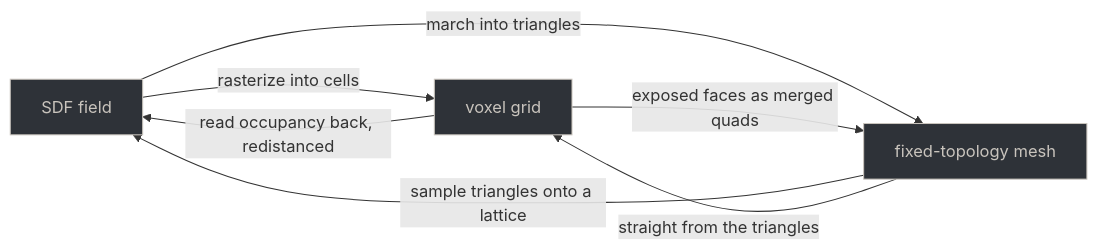
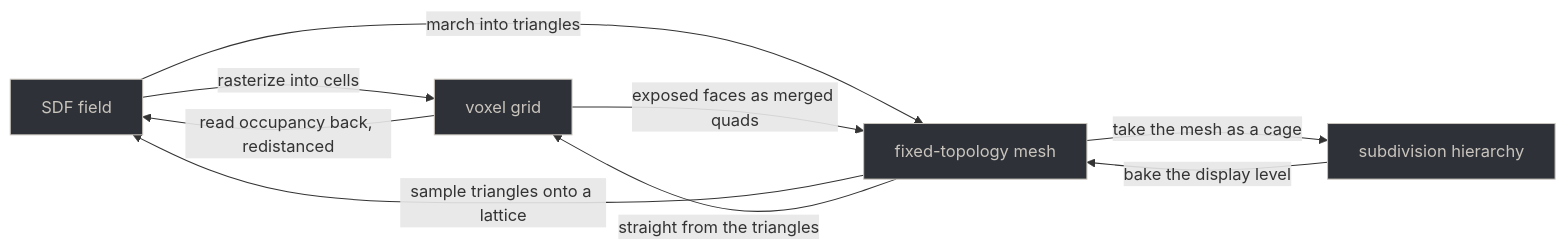
One commit to CyberdyneCorp/ClaySpaceDesktop changed the first of 7 diagrams in README.md. Above: the diagram before and after it, drawn with Mermaid. The commit also changed other lines of this file and 149 other files, not shown here.

````diff
--- a/README.md
+++ b/README.md
@@ -397,17 +443,21 @@
 ```mermaid
 graph LR
     SDF["SDF field"]
     VOX["voxel grid"]
     MESH["fixed-topology mesh"]
+    MRES["subdivision hierarchy"]
 
     SDF -->|"rasterize into cells"| VOX
     SDF -->|"march into triangles"| MESH
     VOX -->|"read occupancy back, redistanced"| SDF
     VOX -->|"exposed faces as merged quads"| MESH
     MESH -->|"sample triangles onto a lattice"| SDF
     MESH -->|"straight from the triangles"| VOX
+    MESH -->|"take the mesh as a cage"| MRES
+    MRES -->|"bake the display level"| MESH
 
     style SDF fill:#2E3238,stroke:#C9C4BD,color:#C9C4BD
     style VOX fill:#2E3238,stroke:#C9C4BD,color:#C9C4BD
     style MESH fill:#2E3238,stroke:#C9C4BD,color:#C9C4BD
+    style MRES fill:#2E3238,stroke:#C9C4BD,color:#C9C4BD
 ```
````
